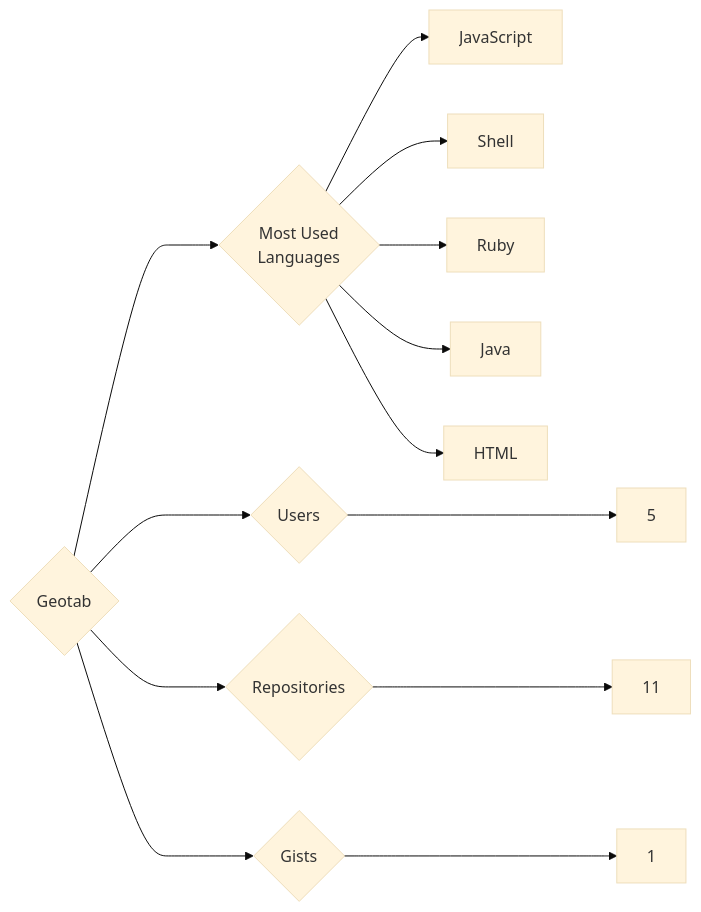
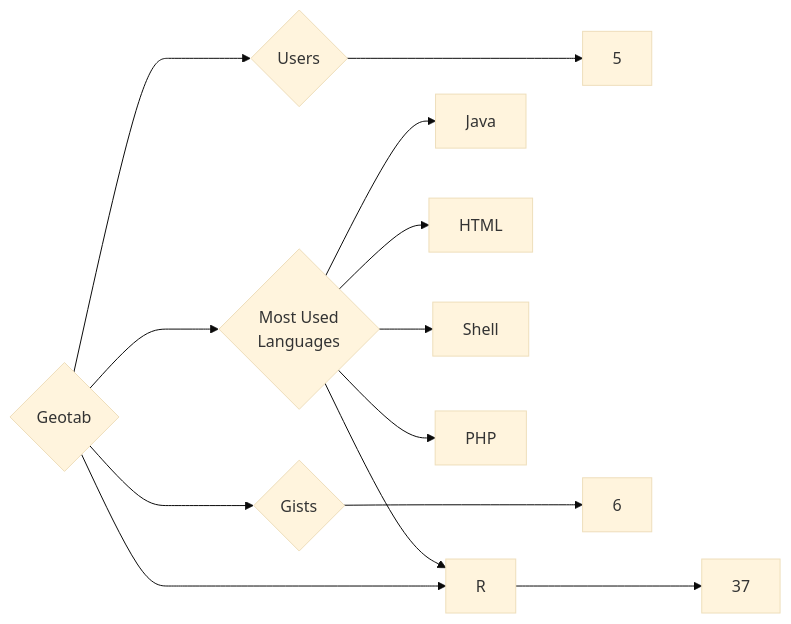
The diagram in targets/Geotab/README.md (trickest/insiders), drawn with Mermaid (base theme) before and after one commit. The commit also changed 1166 other files, not shown here.

````diff
--- a/targets/Geotab/README.md
+++ b/targets/Geotab/README.md
@@ -3,13 +3,13 @@
 ```mermaid
 graph LR
 COMPANY_NAME{Geotab}
 COMPANY_NAME ---> U{Users} ---> UN[5]
-COMPANY_NAME ---> R{Repositories} ---> RN[11]
-COMPANY_NAME ---> G{Gists} ---> GN[1]
+COMPANY_NAME ---> R{Repositories} ---> RN[37]
+COMPANY_NAME ---> G{Gists} ---> GN[6]
 COMPANY_NAME ---> ML{Most Used<br>Languages}
-ML --> JavaScript[JavaScript]
-ML --> Shell[Shell]
-ML --> Ruby[Ruby]
 ML --> Java[Java]
 ML --> HTML[HTML]
+ML --> Shell[Shell]
+ML --> R[R]
+ML --> PHP[PHP]
 ```
````
